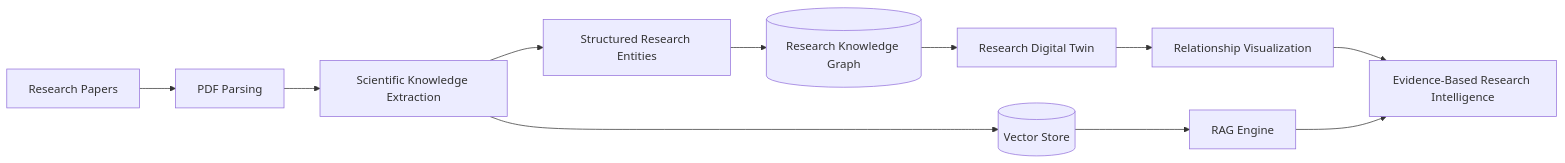
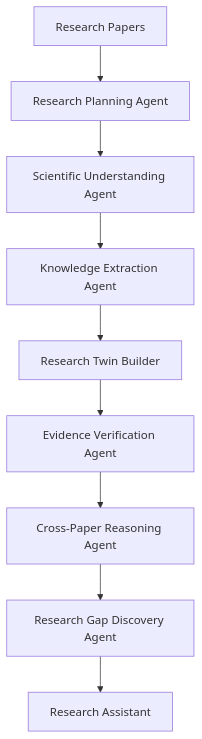
Before and after one commit to farahalmujaljel/Burhan: the first of 2 diagrams in README.md, drawn with Mermaid. The commit also changed other lines of this file and 9 other files, not shown here.

First line of the commit message:
Add comprehensive documentation for Burhan's architecture, methodology, and competitive analysis

````diff
--- a/README.md
+++ b/README.md
@@ -102,24 +66,14 @@
 ```mermaid
-flowchart LR
+flowchart TD
+    A[Research Papers]
+    B[Research Planning Agent]
+    C[Scientific Understanding Agent]
+    D[Knowledge Extraction Agent]
+    E[Research Twin Builder]
+    F[Evidence Verification Agent]
+    G[Cross-Paper Reasoning Agent]
+    H[Research Gap Discovery Agent]
+    I[Research Assistant]
 
-    A[Research Papers]
-    --> B[PDF Parsing]
-
-    B --> C[Scientific Knowledge Extraction]
-
-    C --> D[Structured Research Entities]
-
-    D --> E[(Research Knowledge Graph)]
-
-    E --> F[Research Digital Twin]
-
-    C --> G[(Vector Store)]
-
-    G --> H[RAG Engine]
-
-    F --> I[Relationship Visualization]
-
-    I --> J[Evidence-Based Research Intelligence]
-
-    H --> J
+    A --> B --> C --> D --> E --> F --> G --> H --> I
 ```
````
